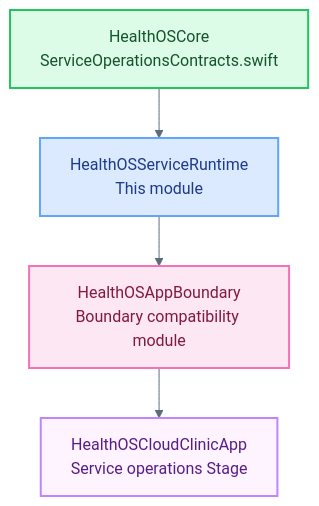
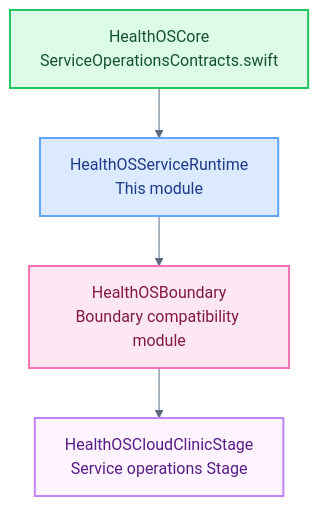
The diagram in swift/Sources/HealthOSServiceRuntime/README.md (myselfgus/HealthOScaffold), drawn with Mermaid before and after one commit. The commit also changed other lines of this file and 104 other files, not shown here.

Commit message:
Rename Boundary and Stage targets

````diff
--- a/swift/Sources/HealthOSServiceRuntime/README.md
+++ b/swift/Sources/HealthOSServiceRuntime/README.md
@@ -9,17 +9,17 @@
 ```mermaid
 %%{init: {'theme': 'base', 'themeVariables': {'primaryColor': '#F6F8FB', 'primaryBorderColor': '#D6DEE8', 'primaryTextColor': '#1D2733', 'clusterBkg': '#FFFFFF', 'clusterBorder': '#D6DEE8', 'lineColor': '#5B6B7C', 'edgeLabelBackground': '#F6F8FB', 'fontFamily': 'ui-rounded, -apple-system, BlinkMacSystemFont, sans-serif'}}}%%
 graph TD
     classDef core     fill:#dcfce7,stroke:#22c55e,stroke-width:2px,color:#14532d
     classDef runtime  fill:#dbeafe,stroke:#60a5fa,stroke-width:2px,color:#1e3a8a
     classDef boundary fill:#fce7f3,stroke:#f472b6,stroke-width:2px,color:#831843
     classDef stage    fill:#fdf4ff,stroke:#c084fc,stroke-width:2px,color:#581c87
 
     CORE[HealthOSCore\nServiceOperationsContracts.swift]:::core
     SR[HealthOSServiceRuntime\nThis module]:::runtime
-    BOUND[HealthOSAppBoundary\nBoundary compatibility module]:::boundary
-    CC[HealthOSCloudClinicApp\nService operations Stage]:::stage
+    BOUND[HealthOSBoundary\nBoundary compatibility module]:::boundary
+    CC[HealthOSCloudClinicStage\nService operations Stage]:::stage
 
     CORE --> SR
     SR --> BOUND
     BOUND --> CC
 ```
````
